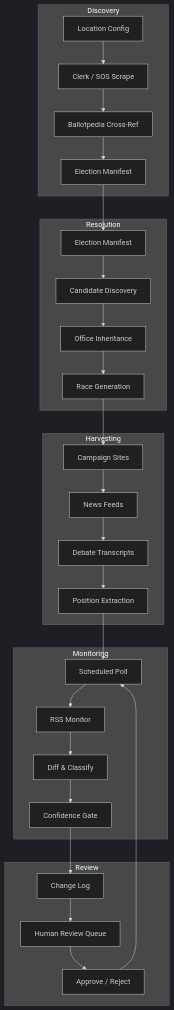
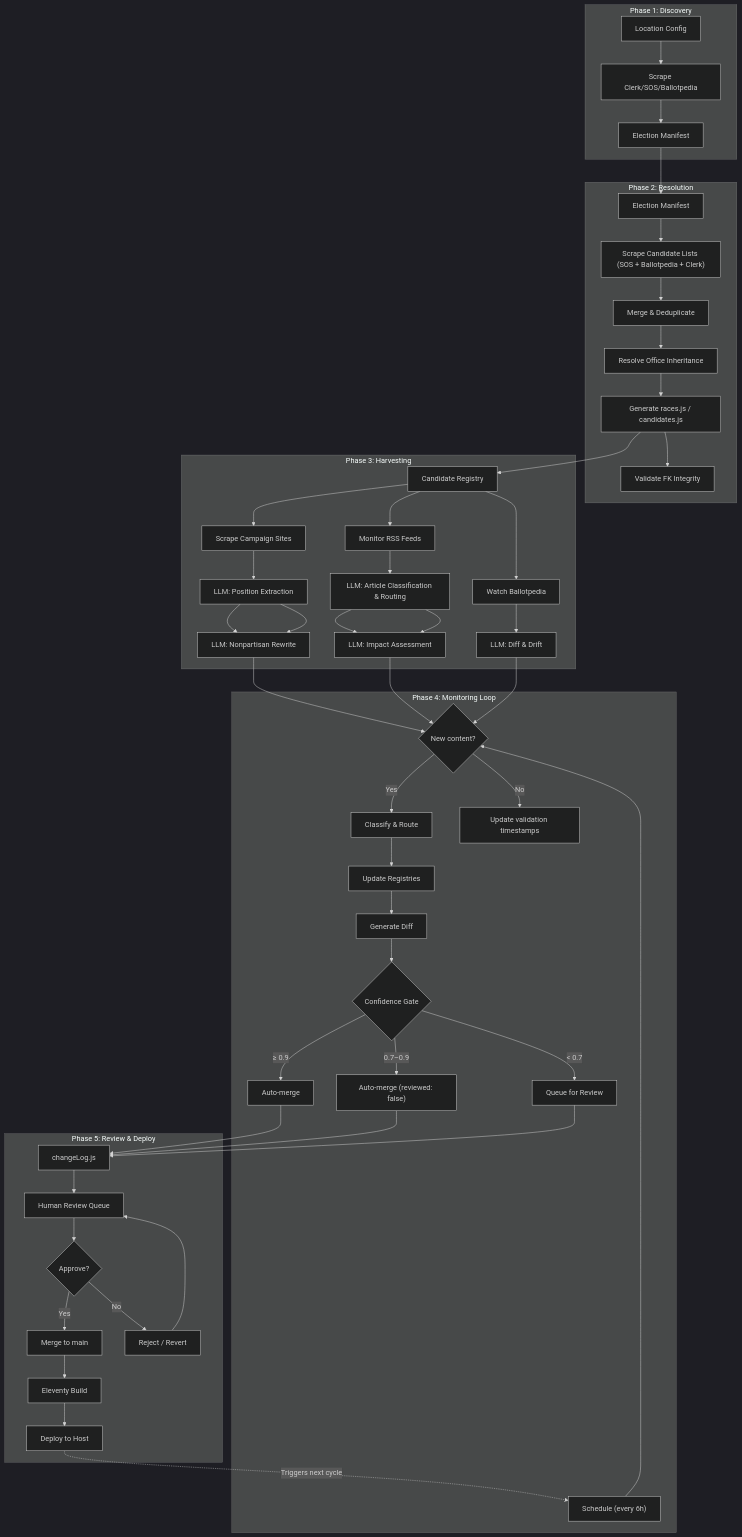
Before and after one commit to cristoslc/maine-voter-guide-2026-06: diagram 14 of 18 in docs/musings/automated-election-pipeline.md, drawn with Mermaid (dark theme). The commit also changed other lines of this file, not shown here.

First line of the commit message:
Add C4, Ford & Richards, sequence, master flow, and value stream diagrams to pipeline musing

````diff
--- a/docs/musings/automated-election-pipeline.md
+++ b/docs/musings/automated-election-pipeline.md
@@ -569,23 +702,55 @@
 ```mermaid
 flowchart TB
-    subgraph Discovery
-        discConfig["Location Config"] --> discScrape["Clerk / SOS Scrape"] --> discBallotpedia["Ballotpedia Cross-Ref"] --> discManifest["Election Manifest"]
+    subgraph P1["Phase 1: Discovery"]
+        A1["Location Config"] --> A2["Scrape Clerk/SOS/Ballotpedia"]
+        A2 --> A3["Election Manifest"]
     end
-    subgraph Resolution
-        resManifest["Election Manifest"] --> resCandidate["Candidate Discovery"] --> resOffice["Office Inheritance"] --> resRace["Race Generation"]
+    subgraph P2["Phase 2: Resolution"]
+        B1["Election Manifest"] --> B2["Scrape Candidate Lists (SOS + Ballotpedia + Clerk)"]
+        B2 --> B3["Merge & Deduplicate"]
+        B3 --> B4["Resolve Office Inheritance"]
+        B4 --> B5["Generate races.js / candidates.js"]
+        B5 --> B6["Validate FK Integrity"]
     end
-    subgraph Harvesting
-        harvCampaign["Campaign Sites"] --> harvNews["News Feeds"] --> harvDebate["Debate Transcripts"] --> harvPosition["Position Extraction"]
+    subgraph P3["Phase 3: Harvesting"]
+        C1["Candidate Registry"] --> C2["Scrape Campaign Sites"]
+        C1 --> C3["Monitor RSS Feeds"]
+        C1 --> C4["Watch Ballotpedia"]
+        C2 --> C5["LLM: Position Extraction"]
+        C3 --> C6["LLM: Article Classification & Routing"]
+        C4 --> C7["LLM: Diff & Drift"]
+        C5 --> C8["LLM: Nonpartisan Rewrite"]
+        C6 --> C9["LLM: Impact Assessment"]
     end
-    subgraph Monitoring
-        monSchedule["Scheduled Poll"] --> monRSS["RSS Monitor"] --> monDiff["Diff & Classify"] --> monConfidence["Confidence Gate"]
+    subgraph P4["Phase 4: Monitoring Loop"]
+        D1["Schedule (every 6h)"] --> D2{"New content?"}
+        D2 -- Yes --> D3["Classify & Route"]
+        D3 --> D4["Update Registries"]
+        D4 --> D5["Generate Diff"]
+        D5 --> D6{"Confidence Gate"}
+        D6 -- "≥ 0.9" --> D7["Auto-merge"]
+        D6 -- "0.7–0.9" --> D8["Auto-merge (reviewed: false)"]
+        D6 -- "< 0.7" --> D9["Queue for Review"]
+        D2 -- No --> D10["Update validation timestamps"]
     end
-    subgraph Review
-        revLog["Change Log"] --> revQueue["Human Review Queue"] --> revApprove["Approve / Reject"]
+    subgraph P5["Phase 5: Review & Deploy"]
+        E1["changeLog.js"] --> E2["Human Review Queue"]
+        E2 --> E3{"Approve?"}
+        E3 -- Yes --> E4["Merge to main"]
+        E4 --> E5["Eleventy Build"]
+        E5 --> E6["Deploy to Host"]
+        E3 -- No --> E7["Reject / Revert"]
+        E7 --> E2
     end
-    discManifest --> resManifest
-    resRace --> harvCampaign
-    harvPosition --> monSchedule
-    monConfidence --> revLog
-    revApprove --> monSchedule
+    A3 --> B1
+    B5 --> C1
+    C5 --> C8
+    C8 --> D2
+    C6 --> C9
+    C9 --> D2
+    C7 --> D2
+    D7 --> E1
+    D8 --> E1
+    D9 --> E1
+    E6 -.->|"Triggers next cycle"| D1
 ```
````
